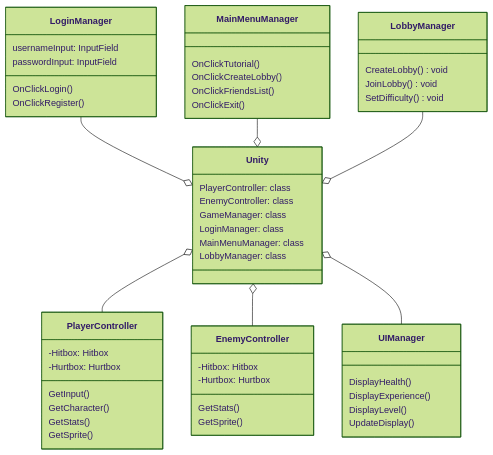
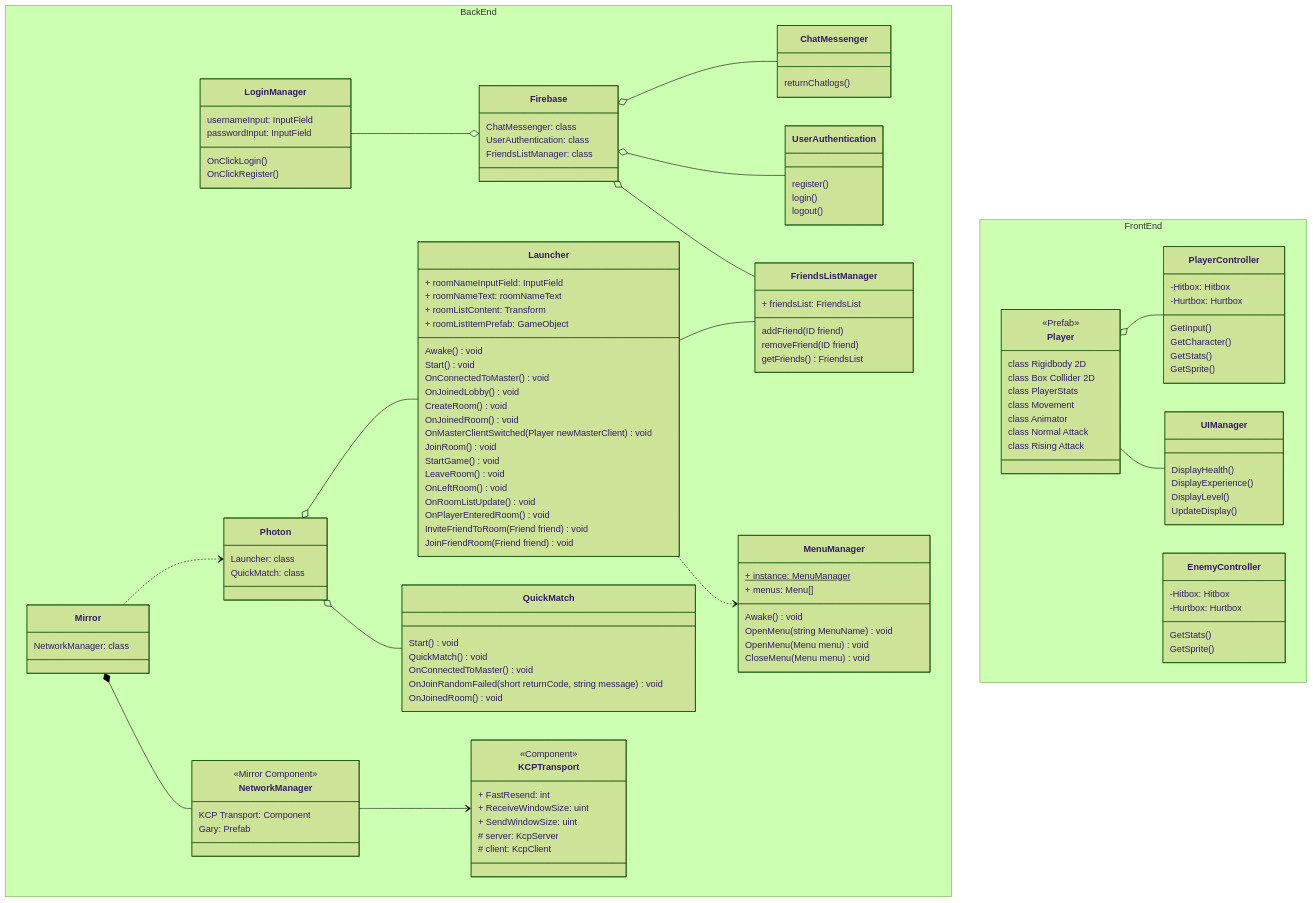
Before and after one commit to Capstone-Projects-2024-Spring/project-rpg-elements-game: the diagram in documentation/docs/system-architecture/Architecture.md, drawn with Mermaid (forest theme). The commit also changed other lines of this file and 59 other files, not shown here.

Commit message:
Updated General Requirements, System Block Diagram, and reworked the Architecture page. Architecture page still needs work from everyone in other areas.

````diff
--- a/documentation/docs/system-architecture/Architecture.md
+++ b/documentation/docs/system-architecture/Architecture.md
@@ -15,65 +31,152 @@
 ```mermaid
 classDiagram
 
-    Unity o-- PlayerController
-    Unity o-- EnemyController
-    Unity o-- UIManager
-    LoginManager --o Unity
-    MainMenuManager --o Unity
-    LobbyManager --o Unity
+    Player o-- PlayerController
+    Player -- UIManager
+
+    Firebase o-- ChatMessenger
+    Firebase o-- UserAuthentication
+    Firebase o-- FriendsListManager
+    LoginManager --o Firebase
+
+    Photon o-- Launcher
+    Photon o-- QuickMatch
+    Mirror ..> Photon
+    Mirror *-- NetworkManager
+    NetworkManager --> KCP Transport
+    Launcher -- FriendsListManager
+    Launcher ..> MenuManager
+    namespace BackEnd{
+        class Mirror{
+            NetworkManager: class
+        }
+
+        class NetworkManager{
+            <<Mirror Component>>
+            KCP Transport: Component
+            Gary: Prefab
+        }
+
+        class KCP Transport{
+            <<Component>>
+            + FastResend: int
+            + ReceiveWindowSize: uint
+            + SendWindowSize: uint
+            # server: KcpServer
+            # client: KcpClient
+        }
+
+        class Photon{
+            Launcher: class
+            QuickMatch: class
+        }
+
+        class Launcher{
+            + roomNameInputField: InputField
+            + roomNameText: roomNameText
+            + roomListContent: Transform
+            + roomListItemPrefab: GameObject
+            Awake() void
+            Start() void
+            OnConnectedToMaster() void
+            OnJoinedLobby() void
+            CreateRoom() void
+            OnJoinedRoom() void
+            OnMasterClientSwitched(Player newMasterClient) void
+            JoinRoom() void
+            StartGame() void
+            LeaveRoom() void
+            OnLeftRoom() void
+            OnRoomListUpdate() void
+            OnPlayerEnteredRoom() void
+            InviteFriendToRoom(Friend friend) void
+            JoinFriendRoom(Friend friend) void
+        }
+
+        class QuickMatch{
+            Start() void
+            QuickMatch() void
+            OnConnectedToMaster() void
+            OnJoinRandomFailed(short returnCode, string message) void
+            OnJoinedRoom() void
+        }
+
+        class Firebase{
+            ChatMessenger: class
+            UserAuthentication: class
+            FriendsListManager: class
+        }
+
+        class ChatMessenger{
+            returnChatlogs()
+
+        }
+
+        class UserAuthentication{
+            register()
+            login()
+            logout()
+        }
+
+        class FriendsListManager{
+            + friendsList: FriendsList
+            addFriend(ID friend)
+            removeFriend(ID friend)
+            getFriends() FriendsList
+        }
+
+        class LoginManager{
+            usernameInput: InputField
+            passwordInput: InputField
+            OnClickLogin()
+            OnClickRegister()
+
+        }
+
+        class MenuManager{
+            + instance: MenuManager$
+            + menus: Menu[]
+            Awake() void
+            OpenMenu(string MenuName) void
+            OpenMenu(Menu menu) void
+            CloseMenu(Menu menu) void
+        }
+    }
+    namespace FrontEnd{
 
 
-    class Unity{
-        PlayerController: class
-        EnemyController: class
-        GameManager: class
-        LoginManager: class
-        MainMenuManager: class
-        LobbyManager: class
+        class Player{
+            <<Prefab>>
+            class Rigidbody 2D
+            class Box Collider 2D
+            class PlayerStats
+            class Movement
+            class Animator
+            class Normal Attack
+            class Rising Attack
+        }
 
-    }
+        class PlayerController{
+            -Hitbox: Hitbox
+            -Hurtbox: Hurtbox
+            GetInput()
+            GetCharacter()
+            GetStats()
+            GetSprite()
+        }
 
-    class LobbyManager{
-        CreateLobby() void
-        JoinLobby() void
-        SetDifficulty() void
-    }
+        class EnemyController{
+            -Hitbox: Hitbox
+            -Hurtbox: Hurtbox
+            GetStats()
+            GetSprite()
+        }
 
-    class LoginManager{
-        usernameInput: InputField
-        passwordInput: InputField
-        OnClickLogin()
-        OnClickRegister()
-
-    }
-
-    class MainMenuManager{
-        OnClickTutorial()
-        OnClickCreateLobby()
-        OnClickFriendsList()
-        OnClickExit()
-    }
-
-    class PlayerController{
-        -Hitbox: Hitbox
-        -Hurtbox: Hurtbox
-        GetInput()
-        GetCharacter()
-        GetStats()
-        GetSprite()
-    }
-
-    class EnemyController{
-        -Hitbox: Hitbox
-        -Hurtbox: Hurtbox
-        GetStats()
-        GetSprite()
-    }
-
-    class UIManager{
-        DisplayHealth()
-        DisplayExperience()
-        DisplayLevel()
-        UpdateDisplay()
+        class UIManager{
+            DisplayHealth()
+            DisplayExperience()
+            DisplayLevel()
+            UpdateDisplay()
+        }
     }
 ```
````
